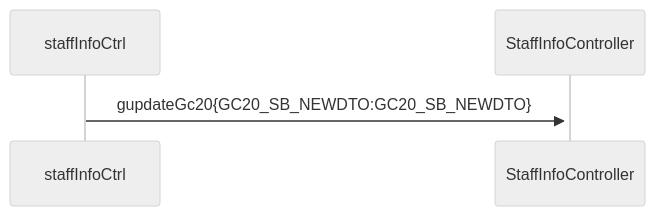
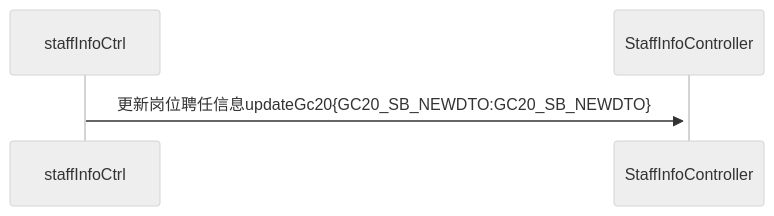
The diagram in all/未命名.md (ZhangJianBeiJing/iodraw-files), drawn with Mermaid (neutral theme) before and after one commit.

Commit message:
2025-03-24 18:51:41 update

````diff
--- a/all/未命名.md
+++ b/all/未命名.md
@@ -1,6 +1,6 @@
 ```mermaid
 sequenceDiagram
-    staffInfoCtrl->>+StaffInfoController:gupdateGc20{GC20_SB_NEWDTO:GC20_SB_NEWDTO}
+    staffInfoCtrl->>+StaffInfoController:更新岗位聘任信息updateGc20{GC20_SB_NEWDTO:GC20_SB_NEWDTO}
 
             
 ```
````
